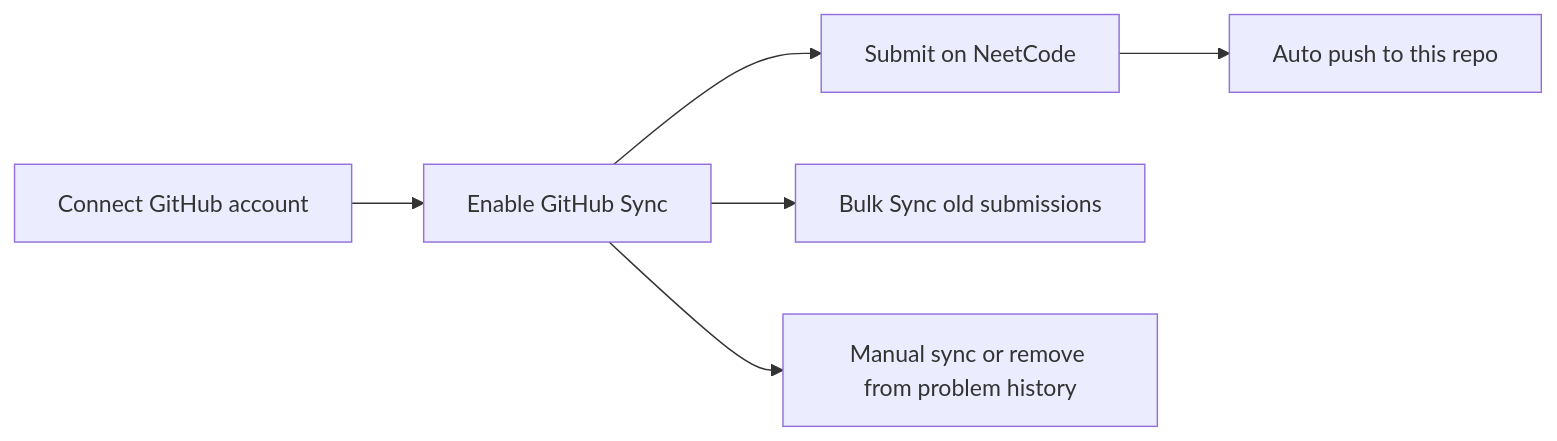
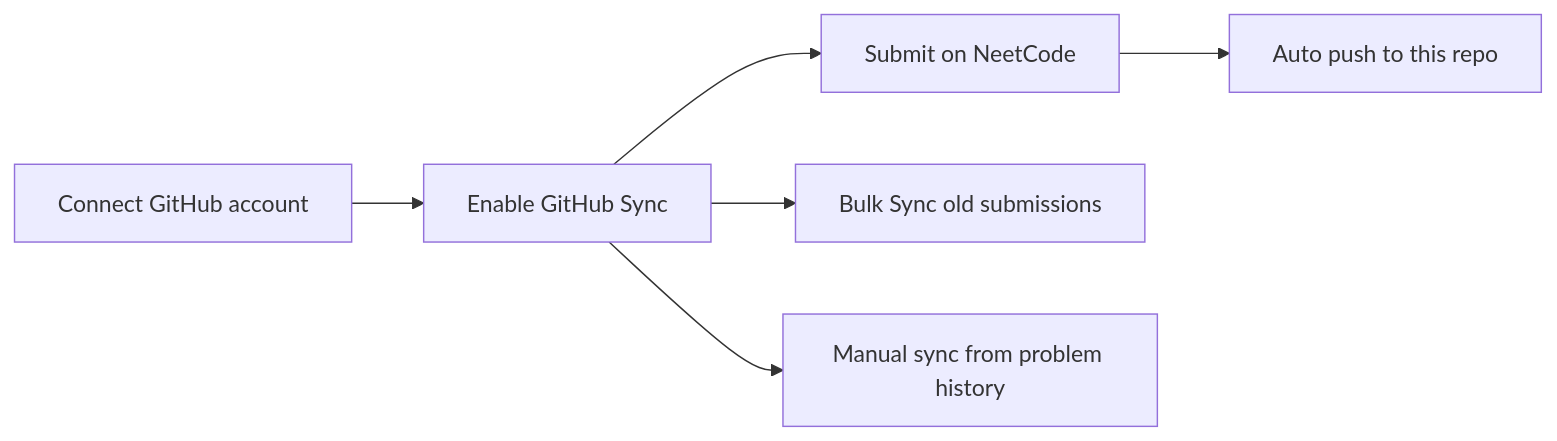
The second of 4 diagrams in README.md (AyushSingh360/neetcode-submissions), drawn with Mermaid before and after one commit. The commit also changed other lines of this file, not shown here.

````diff
--- a/README.md
+++ b/README.md
@@ -44,8 +44,8 @@
 ```mermaid
-graph LR
+flowchart LR
     A[Connect GitHub account] --> B[Enable GitHub Sync]
     B --> C[Submit on NeetCode]
     C --> D[Auto push to this repo]
     B --> E[Bulk Sync old submissions]
-    B --> F[Manual sync or remove from problem history]
+    B --> F[Manual sync from problem history]
 ```
````
